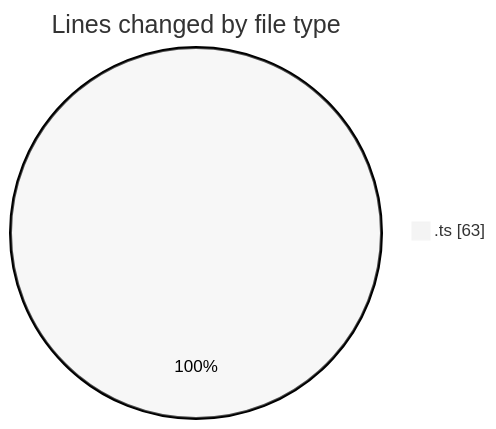
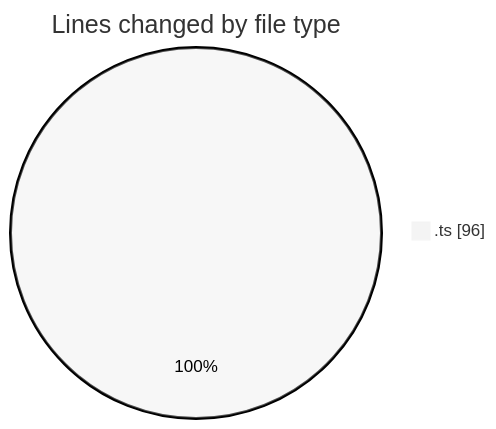
Before and after one commit to donsfak/code-tracking: the first of 2 diagrams in 2025-02-08/maps_clone/README.md, drawn with Mermaid (neutral theme). The commit also changed other lines of this file and 1 other file, not shown here.

````diff
--- a/2025-02-08/maps_clone/README.md
+++ b/2025-02-08/maps_clone/README.md
@@ -20,5 +20,5 @@
 ```mermaid
 pie showData
 title Lines changed by file type
-".ts" : 63
+".ts" : 96
 ```
````
